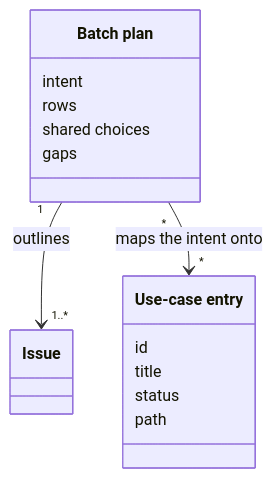
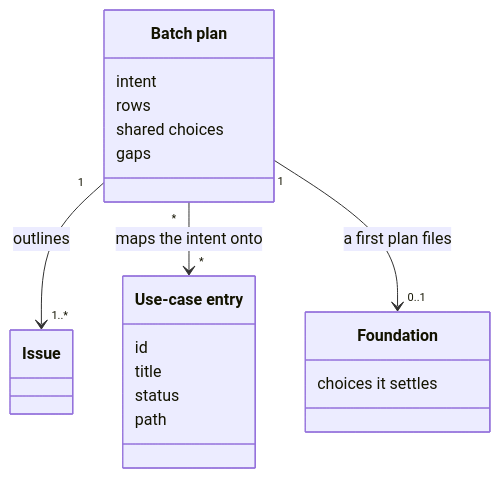
Before and after one commit to aleskalfas/project-kit: the first of 2 diagrams in tech-docs/analysis/project-management/domain-model/050-batch-planning.md, drawn with Mermaid. The commit also changed other lines of this file and 6 other files, not shown here.

````diff
--- a/tech-docs/analysis/project-management/domain-model/050-batch-planning.md
+++ b/tech-docs/analysis/project-management/domain-model/050-batch-planning.md
@@ -28,20 +30,24 @@
 ```mermaid
 classDiagram
   accTitle: Batch planning
-  accDescr: A batch plan outlines the issues to file for one intent, each with its parent. It judges each choice the slices would share. It maps the intent onto use-case entries. A use-case entry names one goal by its id, title and status.
+  accDescr: A batch plan outlines the issues to file for one intent, each with its parent. It judges each choice the slices would share. It maps the intent onto use-case entries. A use-case entry names one goal by its id, title and status. A first batch plan files a foundation, which settles the choices the slices would share.
   class BatchPlan["Batch plan"] {
     intent
     rows
     shared choices
     gaps
   }
   class UseCaseEntry["Use-case entry"] {
     id
     title
     status
     path
   }
+  class Foundation {
+    choices it settles
+  }
   class Issue
   BatchPlan "1" --> "1..*" Issue : outlines
   BatchPlan "*" --> "*" UseCaseEntry : maps the intent onto
+  BatchPlan "1" --> "0..1" Foundation : a first plan files
 ```
````
